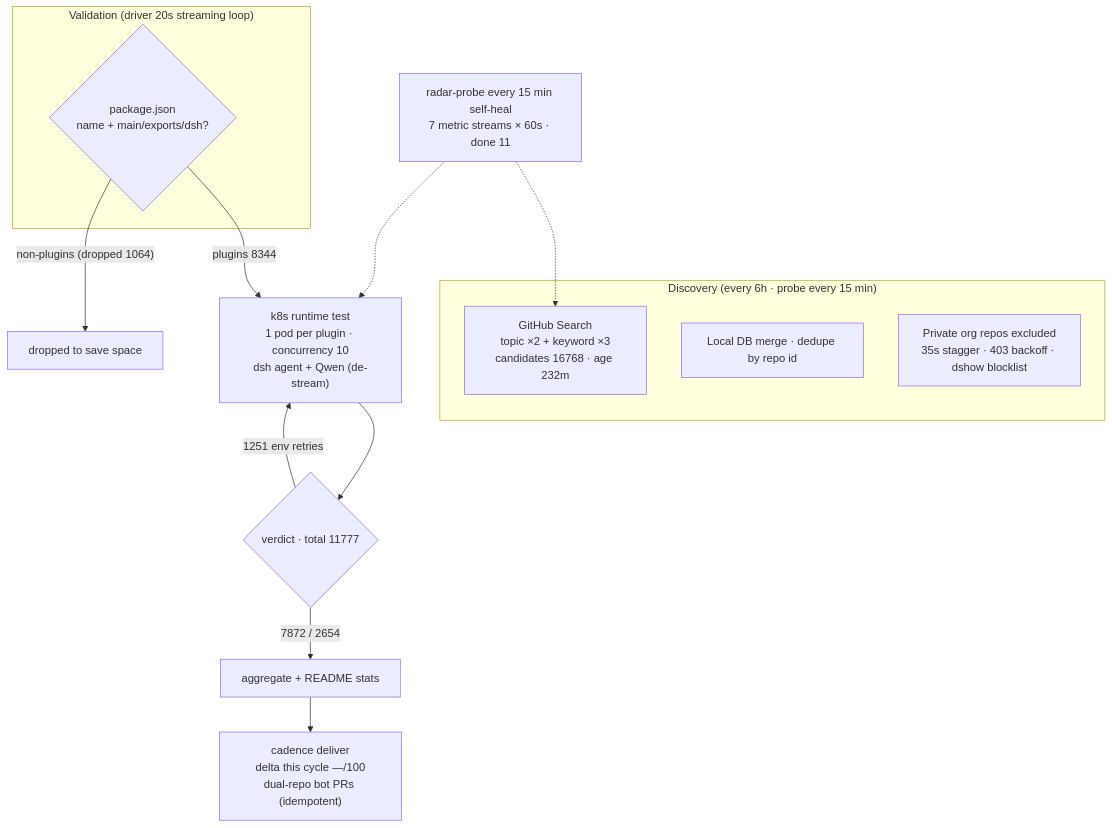
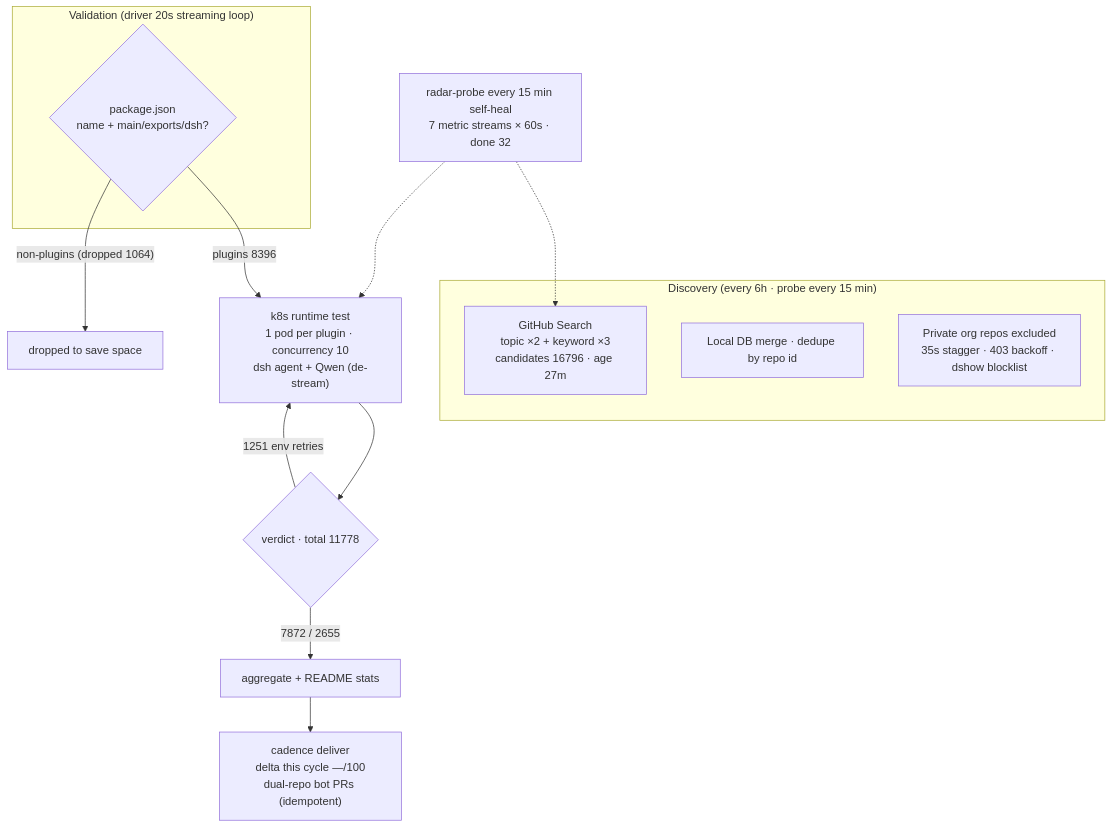
One commit to AdamPlatin123/awesome-dsh-plugins changed the diagram in README.en-US.md. Above: the diagram before and after it, drawn with Mermaid. The commit also changed other lines of this file and 5 other files, not shown here.

````diff
--- a/README.en-US.md
+++ b/README.en-US.md
@@ -45,20 +45,20 @@
 ```mermaid
 flowchart TB
     subgraph Discovery["Discovery (every 6h · probe every 15 min)"]
-        A1["GitHub Search<br/>topic ×2 + keyword ×3<br/>candidates 16768 · age 232m"]
+        A1["GitHub Search<br/>topic ×2 + keyword ×3<br/>candidates 16796 · age 27m"]
         A2["Local DB merge · dedupe by repo id"]
         A3["Private org repos excluded<br/>35s stagger · 403 backoff · dshow blocklist"]
     end
     subgraph Validation["Validation (driver 20s streaming loop)"]
         B1{"package.json<br/>name + main/exports/dsh?"}
     end
-    B1 -->|"plugins 8344"| C1["k8s runtime test<br/>1 pod per plugin · concurrency 10<br/>dsh agent + Qwen (de-stream)"]
+    B1 -->|"plugins 8396"| C1["k8s runtime test<br/>1 pod per plugin · concurrency 10<br/>dsh agent + Qwen (de-stream)"]
     B1 -->|"non-plugins (dropped 1064)"| B3["dropped to save space"]
-    C1 --> D1{"verdict · total 11777"}
-    D1 -->|"7872 / 2654"| E1["aggregate + README stats"]
+    C1 --> D1{"verdict · total 11778"}
+    D1 -->|"7872 / 2655"| E1["aggregate + README stats"]
     D1 -->|"1251 env retries"| C1
     E1 --> E2["cadence deliver<br/>delta this cycle —/100<br/>dual-repo bot PRs (idempotent)"]
-    M["radar-probe every 15 min self-heal<br/>7 metric streams × 60s · done 11"]
+    M["radar-probe every 15 min self-heal<br/>7 metric streams × 60s · done 32"]
     M -.-> A1
     M -.-> C1
 ```
````
